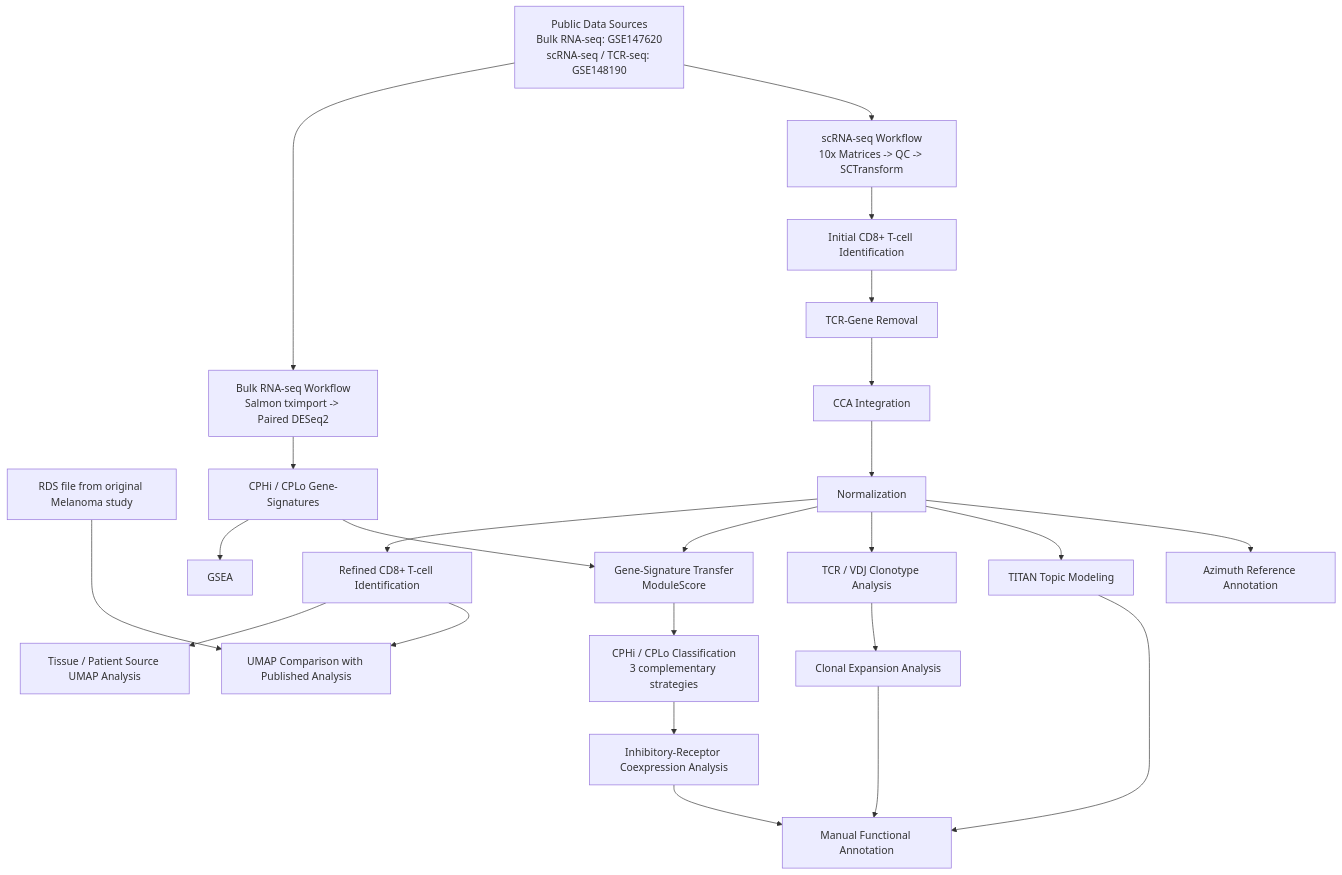
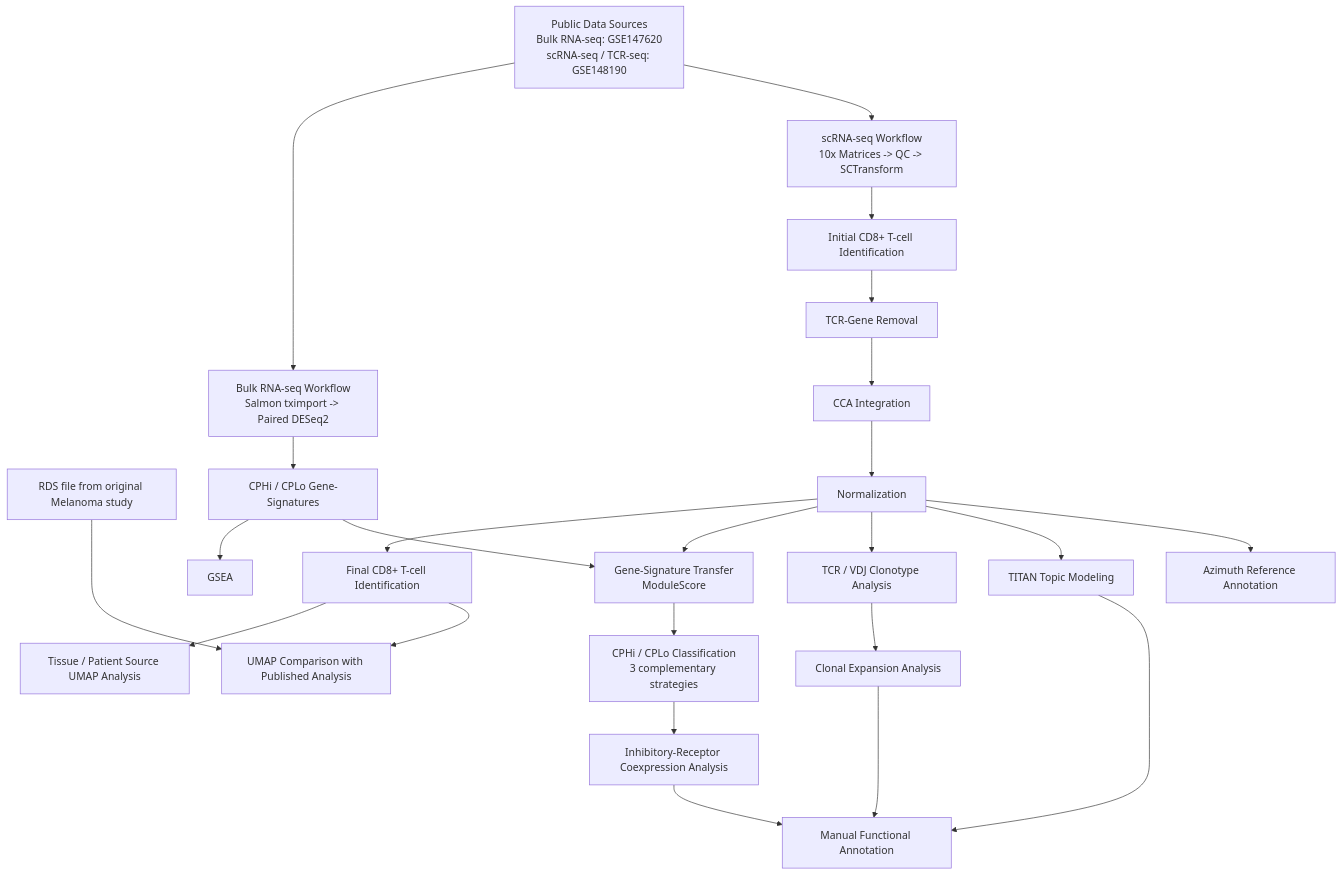
Before and after one commit to georgsommer-ai/Multi-Modal-CD8-T-cell-Heterogeneity-Analysis-in-Melanoma-Immunotherapy: the diagram in README.md, drawn with Mermaid.

````diff
--- a/README.md
+++ b/README.md
@@ -158,39 +158,39 @@
 ```mermaid
 flowchart TD
 
     A[Public Data Sources<br/>Bulk RNA-seq: GSE147620<br/>scRNA-seq / TCR-seq: GSE148190]
     R[RDS file from original Melanoma study]
 
     A --> B1[Bulk RNA-seq Workflow<br/>Salmon tximport -> Paired DESeq2]
     B1 --> B2[CPHi / CPLo Gene-Signatures]
     B2 --> B3[GSEA]
 
     A --> C1[scRNA-seq Workflow<br/>10x Matrices -> QC -> SCTransform]
     C1 --> C2[Initial CD8+ T-cell Identification]
     C2 --> C3[TCR-Gene Removal]
     C3 --> C4[CCA Integration]
     C4 --> C5[Normalization]
-    C5 --> C6[Refined CD8+ T-cell Identification]
+    C5 --> C6[Final CD8+ T-cell Identification]
     C6 --> C7[Tissue / Patient Source UMAP Analysis]
     C6 --> C8[UMAP Comparison with Published Analysis]
     R ---> C8
 
     B2 --> D1[Gene-Signature Transfer<br/>ModuleScore]
     C5 --> D1
     D1 --> D2[CPHi / CPLo Classification<br/>3 complementary strategies]
     D2 --> D3[Inhibitory-Receptor Coexpression Analysis]
 
     C5 --> E1[TCR / VDJ Clonotype Analysis]
     C5 --> F1[TITAN Topic Modeling]
     C5 --> K1[Azimuth Reference Annotation]
 
     E1 --> E2[Clonal Expansion Analysis]
 
     F1 ~~~ E2
     K1 ~~~ E2
 
     F1 --> G[Manual Functional Annotation]
     E2 --> G
     D3 --> G
 
 ```
````
